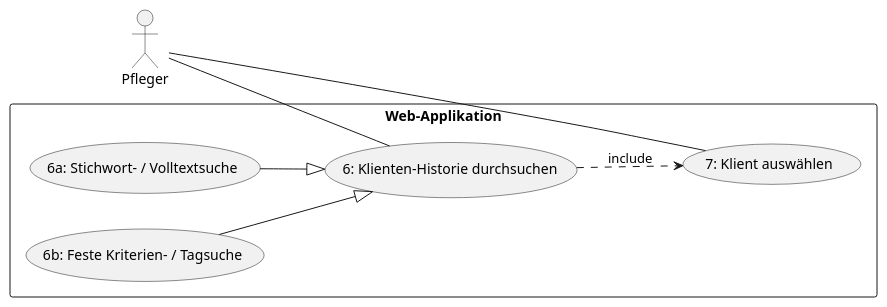
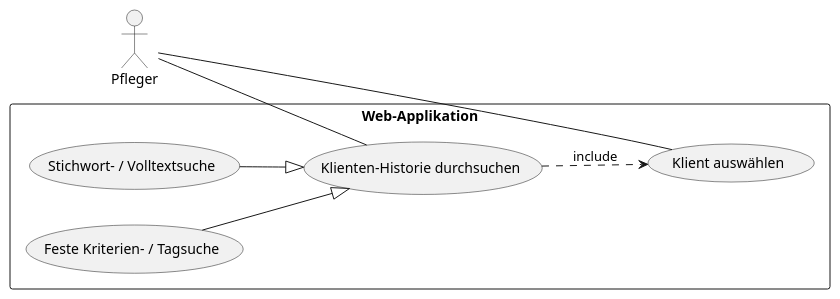
Before and after one commit to moera1/ch.bfh.bti7081.s2020.green: the diagram in doc/task02/usecases/ProtokolleSuchen.puml, drawn with PlantUML. The commit also changed 1 other file, not shown here.

Commit message:
fix use case diagram 4 history search

```diff
--- a/doc/task02/usecases/ProtokolleSuchen.puml
+++ b/doc/task02/usecases/ProtokolleSuchen.puml
@@ -1,12 +1,12 @@
 @startuml
 left to right direction
 skinparam packageStyle rectangle
 actor Pfleger
 rectangle Web-Applikation {
- Pfleger -- (6: Klienten-Historie durchsuchen)
- Pfleger -- (7: Klient auswählen) 
- (6a: Stichwort- / Volltextsuche) --|> (6: Klienten-Historie durchsuchen)
- (6b: Feste Kriterien- / Tagsuche) --|> (6: Klienten-Historie durchsuchen)
- (6: Klienten-Historie durchsuchen) .-> (7: Klient auswählen) : include
+ Pfleger -- (Klienten-Historie durchsuchen)
+ Pfleger -- (Klient auswählen) 
+ (Stichwort- / Volltextsuche) --|> (Klienten-Historie durchsuchen)
+ (Feste Kriterien- / Tagsuche) --|> (Klienten-Historie durchsuchen)
+ (Klienten-Historie durchsuchen) .-> (Klient auswählen) : include
 }
 @enduml
```
